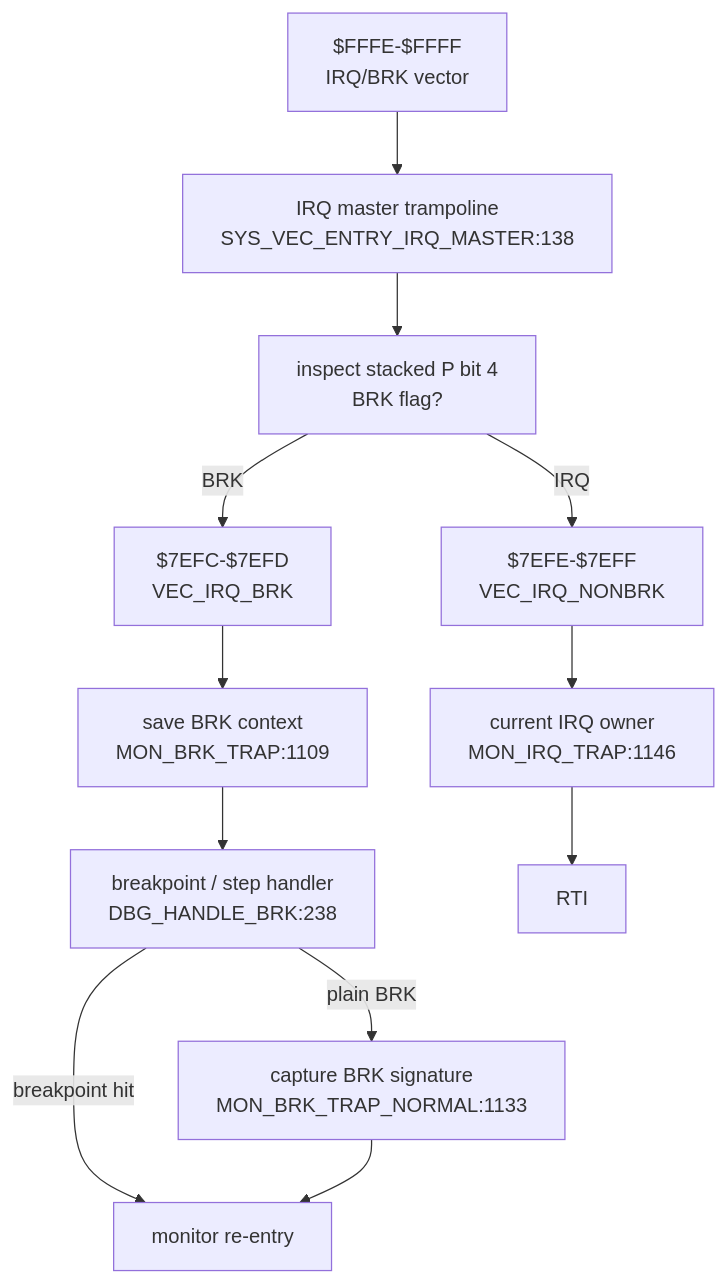
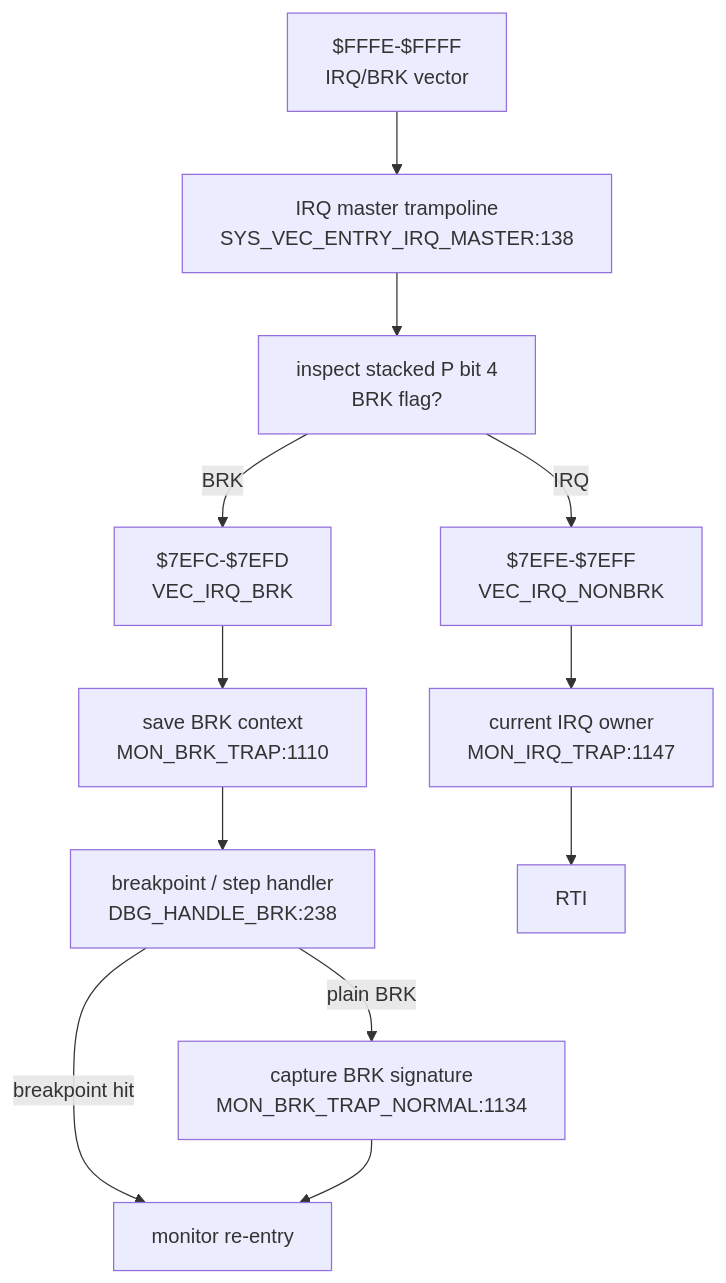
The fifth of 6 diagrams in DOC/GENERATED/INTERRUPT_VECTOR_MAP.md (95westus/R-YORS), drawn with Mermaid before and after one commit. The commit also changed other lines of this file and 42 other files, not shown here.

````diff
--- a/DOC/GENERATED/INTERRUPT_VECTOR_MAP.md
+++ b/DOC/GENERATED/INTERRUPT_VECTOR_MAP.md
@@ -75,14 +75,14 @@
 ```mermaid
 flowchart TD
     IRQV["$FFFE-$FFFF<br/>IRQ/BRK vector"] --> IRQMASTER["IRQ master trampoline<br/>SYS_VEC_ENTRY_IRQ_MASTER:138"]
     IRQMASTER --> SPLIT["inspect stacked P bit 4<br/>BRK flag?"]
     SPLIT -->|BRK| VECBRK["$7EFC-$7EFD<br/>VEC_IRQ_BRK"]
     SPLIT -->|IRQ| VECIRQ["$7EFE-$7EFF<br/>VEC_IRQ_NONBRK"]
-    VECBRK --> BRKTRAP["save BRK context<br/>MON_BRK_TRAP:1109"]
+    VECBRK --> BRKTRAP["save BRK context<br/>MON_BRK_TRAP:1110"]
     BRKTRAP --> DBGBRK["breakpoint / step handler<br/>DBG_HANDLE_BRK:238"]
     DBGBRK -->|breakpoint hit| REENTER["monitor re-entry"]
-    DBGBRK -->|plain BRK| BRKNORMAL["capture BRK signature<br/>MON_BRK_TRAP_NORMAL:1133"]
+    DBGBRK -->|plain BRK| BRKNORMAL["capture BRK signature<br/>MON_BRK_TRAP_NORMAL:1134"]
     BRKNORMAL --> REENTER
-    VECIRQ --> IRQTRAP["current IRQ owner<br/>MON_IRQ_TRAP:1146"]
+    VECIRQ --> IRQTRAP["current IRQ owner<br/>MON_IRQ_TRAP:1147"]
     IRQTRAP --> RTIIRQ["RTI"]
 ```
````
